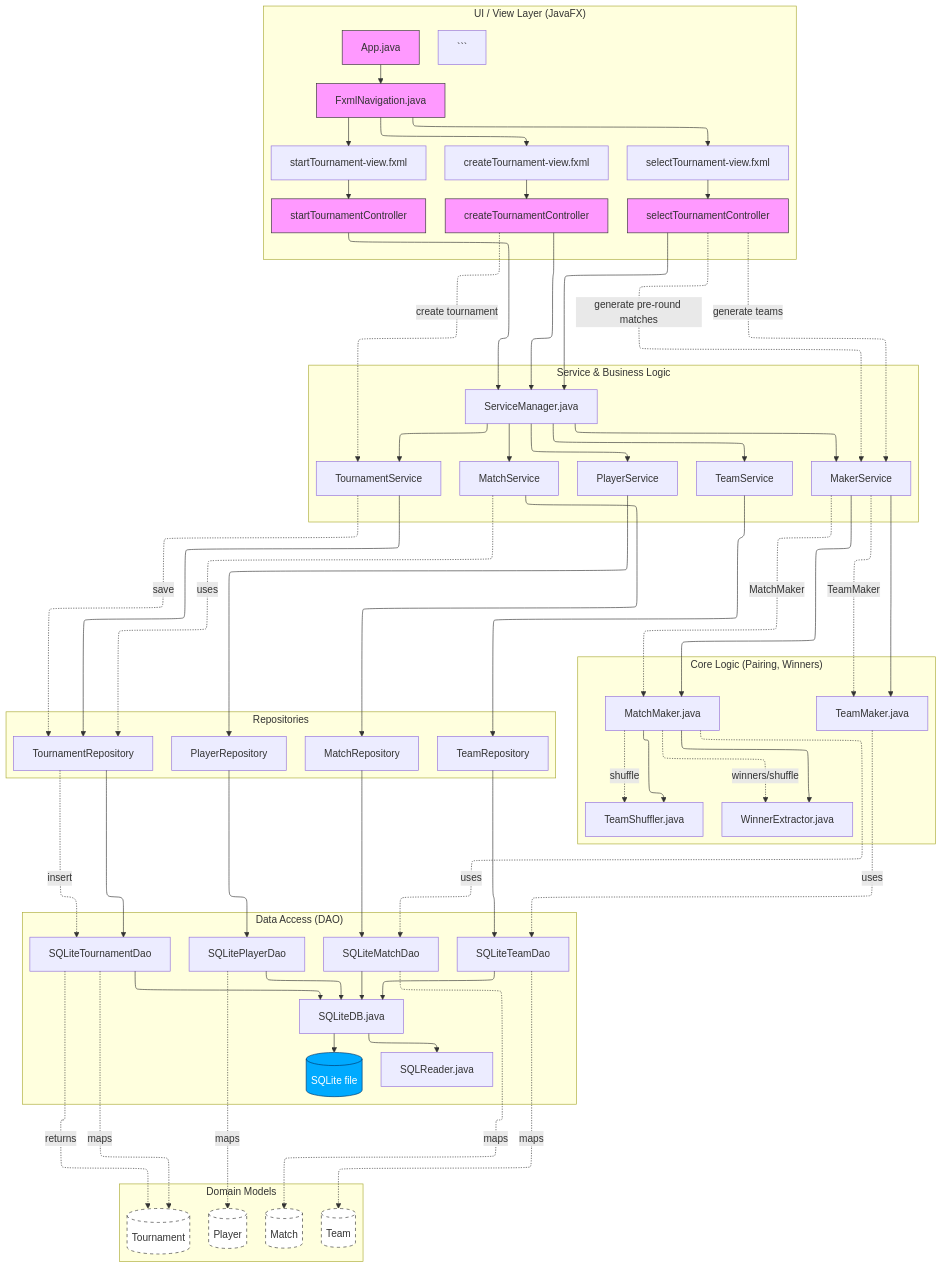
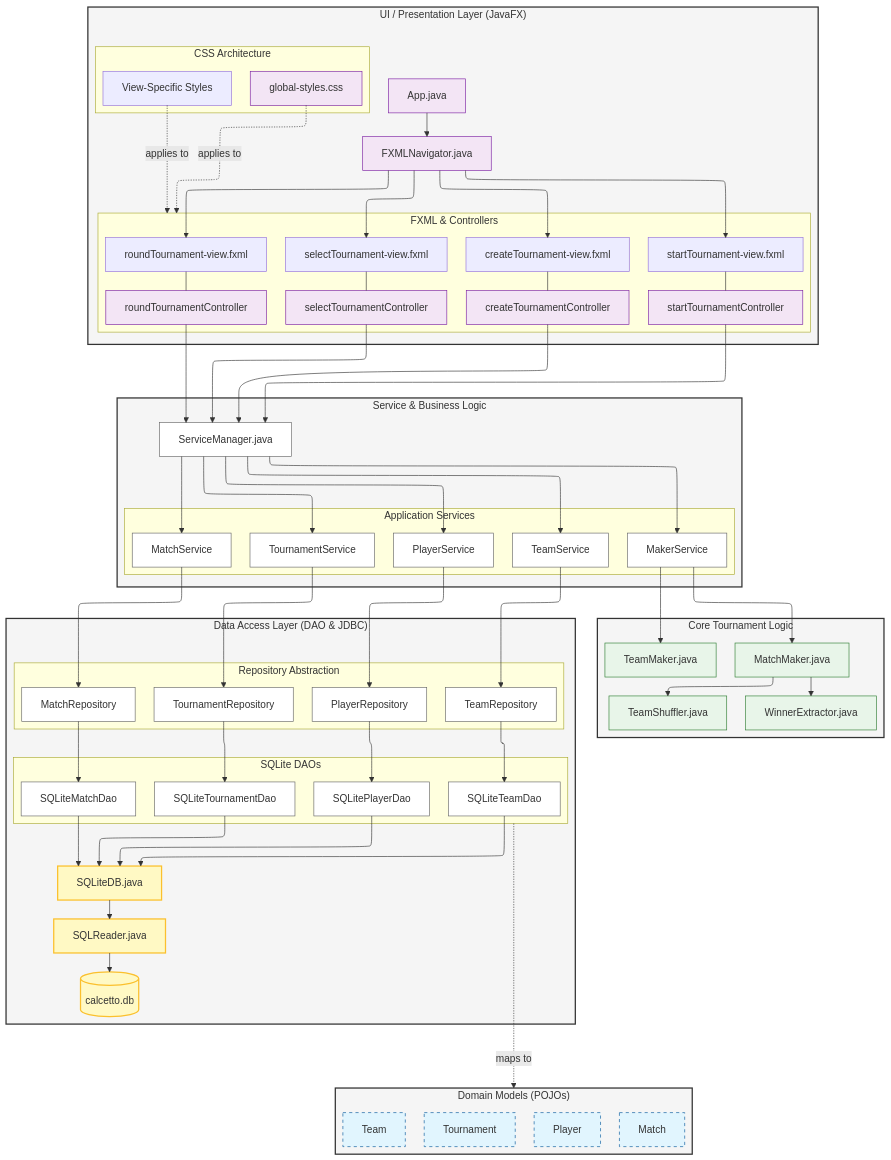
Before and after one commit to alex1009-system32/CalcettoManagementSystem: the diagram in project-flowchart.mmd, drawn with Mermaid. The commit also changed 1 other file, not shown here.

````diff
--- a/project-flowchart.mmd
+++ b/project-flowchart.mmd
@@ -1,117 +1,129 @@
 ---
 config:
   layout: elk
 ---
 flowchart TD
-subgraph UI_Layer ["UI / View Layer (JavaFX)"]
-APP[App.java]
-NAV_FXML[FxmlNavigation.java]
+    %% Define Styles
+    classDef layer fill:#f5f5f5,stroke:#333,stroke-width:2px;
+    classDef component fill:#fff,stroke:#666,stroke-width:1px;
+    classDef model fill:#e1f5fe,stroke:#01579b,stroke-dasharray: 5 5;
+    classDef db fill:#fff9c4,stroke:#fbc02d,stroke-width:2px;
+    classDef ui fill:#f3e5f5,stroke:#7b1fa2,stroke-width:1px;
+    classDef core fill:#e8f5e9,stroke:#2e7d32,stroke-width:1px;
 
-```
-FXML_SELECT[selectTournament-view.fxml]
-FXML_CREATE[createTournament-view.fxml]
-FXML_START[startTournament-view.fxml]
+    subgraph UI_Layer ["UI / Presentation Layer (JavaFX)"]
+        APP[App.java]
+        NAV[FXMLNavigator.java]
+        
+        subgraph Views ["FXML & Controllers"]
+            direction TB
+            V_SELECT[selectTournament-view.fxml]
+            V_CREATE[createTournament-view.fxml]
+            V_START[startTournament-view.fxml]
+            V_ROUND[roundTournament-view.fxml]
+            
+            C_SELECT[selectTournamentController]
+            C_CREATE[createTournamentController]
+            C_START[startTournamentController]
+            C_ROUND[roundTournamentController]
+        end
+        
+        subgraph Styling ["CSS Architecture"]
+            CSS_GLOBAL[global-styles.css]
+            CSS_VIEWS[View-Specific Styles]
+        end
+    end
 
-CTRL_SELECT[selectTournamentController]
-CTRL_CREATE[createTournamentController]
-CTRL_START[startTournamentController]
-```
-end
-subgraph Service_Layer ["Service & Business Logic"]
-MGR[ServiceManager.java]
+    subgraph Service_Layer ["Service & Business Logic"]
+        MGR[ServiceManager.java]
+        
+        subgraph Services ["Application Services"]
+            SVC_T[TournamentService]
+            SVC_P[PlayerService]
+            SVC_TM[TeamService]
+            SVC_M[MatchService]
+            SVC_MKR[MakerService]
+        end
+    end
 
-```
-SVC_T[TournamentService]
-SVC_P[PlayerService]
-SVC_TM[TeamService]
-SVC_M[MatchService]
+    subgraph Core_Layer ["Core Tournament Logic"]
+        CORE_TM[TeamMaker.java]
+        CORE_MM[MatchMaker.java]
+        CORE_SH[TeamShuffler.java]
+        CORE_WE[WinnerExtractor.java]
+    end
 
-REPO_MKR[MakerService]
-```
-end
-subgraph Core_Layer ["Core Logic (Pairing, Winners)"]
-CORE_TM[TeamMaker.java]
-CORE_MM[MatchMaker.java]
-CORE_SHUFFLER[TeamShuffler.java]
-CORE_WINNER[WinnerExtractor.java]
-end
-subgraph Repository_Layer ["Repositories"]
-REPO_T[TournamentRepository]
-REPO_P[PlayerRepository]
-REPO_TM[TeamRepository]
-REPO_M[MatchRepository]
-end
-subgraph Data_Layer ["Data Access (DAO)"]
-DAO_T[SQLiteTournamentDao]
-DAO_P[SQLitePlayerDao]
-DAO_TM[SQLiteTeamDao]
-DAO_M[SQLiteMatchDao]
-DB_CONN[SQLiteDB.java]
-SQL_R[SQLReader.java]
-SQLITE[(SQLite file)]
-end
-subgraph Domain_Layer ["Domain Models"]
-MODEL_T[(Tournament)]
-MODEL_P[(Player)]
-MODEL_TM[(Team)]
-MODEL_M[(Match)]
-end
-APP --> NAV_FXML
-NAV_FXML --> FXML_SELECT
-NAV_FXML --> FXML_CREATE
-NAV_FXML --> FXML_START
+    subgraph Persistence_Layer ["Data Access Layer (DAO & JDBC)"]
+        direction TB
+        subgraph Repositories ["Repository Abstraction"]
+            REPO_T[TournamentRepository]
+            REPO_P[PlayerRepository]
+            REPO_TM[TeamRepository]
+            REPO_M[MatchRepository]
+        end
+        
+        subgraph DAOs ["SQLite DAOs"]
+            DAO_T[SQLiteTournamentDao]
+            DAO_P[SQLitePlayerDao]
+            DAO_TM[SQLiteTeamDao]
+            DAO_M[SQLiteMatchDao]
+        end
+        
+        DB_CONN[SQLiteDB.java]
+        SQL_R[SQLReader.java]
+        SQLITE[(calcetto.db)]
+    end
 
-FXML_SELECT --> CTRL_SELECT
-FXML_CREATE --> CTRL_CREATE
-FXML_START --> CTRL_START
-CTRL_SELECT --> MGR
-CTRL_CREATE --> MGR
-CTRL_START --> MGR
-MGR --> SVC_T
-MGR --> SVC_P
-MGR --> SVC_TM
-MGR --> SVC_M
-MGR --> REPO_MKR
-SVC_T --> REPO_T
-SVC_P --> REPO_P
-SVC_TM --> REPO_TM
-SVC_M --> REPO_M
-SVC_M -. uses .-> REPO_T
-REPO_MKR --> CORE_TM
-REPO_MKR --> CORE_MM
-CORE_MM --> CORE_SHUFFLER
-CORE_MM --> CORE_WINNER
-REPO_T --> DAO_T
-REPO_P --> DAO_P
-REPO_TM --> DAO_TM
-REPO_M --> DAO_M
-DAO_T --> DB_CONN
-DAO_P --> DB_CONN
-DAO_TM --> DB_CONN
-DAO_M --> DB_CONN
-DB_CONN --> SQL_R
-DB_CONN --> SQLITE
-DAO_T -. maps .-> MODEL_T
-DAO_P -. maps .-> MODEL_P
-DAO_TM -. maps .-> MODEL_TM
-DAO_M -. maps .-> MODEL_M
-CTRL_CREATE -. create tournament .-> SVC_T
-SVC_T -. save .-> REPO_T
-REPO_T -. insert .-> DAO_T
-DAO_T -. returns .-> MODEL_T
+    subgraph Domain_Layer ["Domain Models (POJOs)"]
+        MODEL_T[Tournament]
+        MODEL_P[Player]
+        MODEL_TM[Team]
+        MODEL_M[Match]
+    end
 
-CTRL_SELECT -. generate teams .-> REPO_MKR
-REPO_MKR -. TeamMaker .-> CORE_TM
-CORE_TM -. uses .-> DAO_TM
+    %% Interactions
+    APP --> NAV
+    NAV --> V_SELECT & V_CREATE & V_START & V_ROUND
+    
+    V_SELECT --- C_SELECT
+    V_CREATE --- C_CREATE
+    V_START --- C_START
+    V_ROUND --- C_ROUND
+    
+    C_SELECT & C_CREATE & C_START & C_ROUND --> MGR
+    
+    MGR --> SVC_T & SVC_P & SVC_TM & SVC_M & SVC_MKR
+    
+    SVC_MKR --> CORE_TM & CORE_MM
+    CORE_MM --> CORE_SH & CORE_WE
+    
+    SVC_T --> REPO_T
+    SVC_P --> REPO_P
+    SVC_TM --> REPO_TM
+    SVC_M --> REPO_M
+    
+    REPO_T --> DAO_T
+    REPO_P --> DAO_P
+    REPO_TM --> DAO_TM
+    REPO_M --> DAO_M
+    
+    DAO_T & DAO_P & DAO_TM & DAO_M --> DB_CONN
+    DB_CONN --> SQL_R
+    SQL_R --> SQLITE
 
-CTRL_SELECT -. generate pre-round matches .-> REPO_MKR
-REPO_MKR -. MatchMaker .-> CORE_MM
-CORE_MM -. uses .-> DAO_M
-CORE_MM -. winners/shuffle .-> CORE_WINNER
-CORE_MM -. shuffle .-> CORE_SHUFFLER
-classDef model fill:#fff,stroke:#333,stroke-dasharray: 5 5
-class MODEL_T,MODEL_P,MODEL_TM,MODEL_M model
-classDef db fill:#0af,color:#fff,stroke:#036
-class SQLITE db
-classDef ui fill:#f9f,stroke:#333
-class APP,NAV_FXML,CTRL_SELECT,CTRL_CREATE,CTRL_START ui
+    %% Model Mapping
+    DAOs -. maps to .-> Domain_Layer
+
+    %% Styling Application
+    CSS_GLOBAL -. applies to .-> Views
+    CSS_VIEWS -. applies to .-> Views
+
+    %% Apply Classes
+    class UI_Layer,Service_Layer,Core_Layer,Persistence_Layer,Domain_Layer layer
+    class APP,NAV,C_SELECT,C_CREATE,C_START,C_ROUND,CSS_GLOBAL ui
+    class MGR,SVC_T,SVC_P,SVC_TM,SVC_M,SVC_MKR component
+    class CORE_TM,CORE_MM,CORE_SH,CORE_WE core
+    class REPO_T,REPO_P,REPO_TM,REPO_M,DAO_T,DAO_P,DAO_TM,DAO_M component
+    class DB_CONN,SQL_R db
+    class SQLITE db
+    class MODEL_T,MODEL_P,MODEL_TM,MODEL_M model
````
